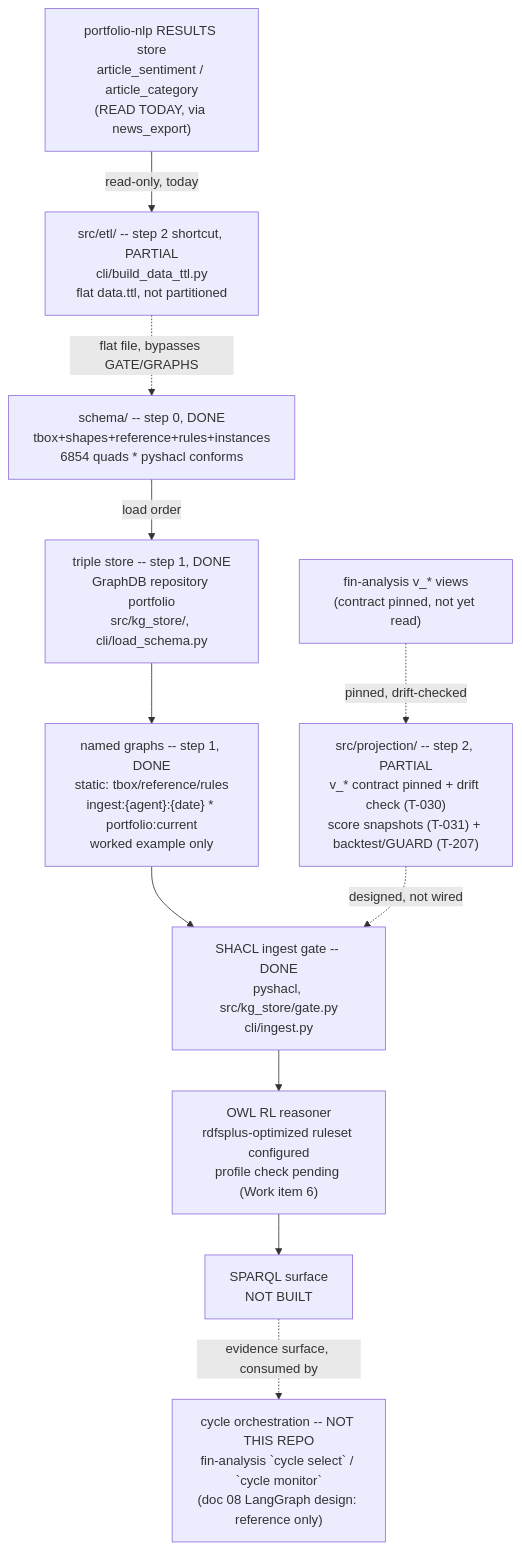
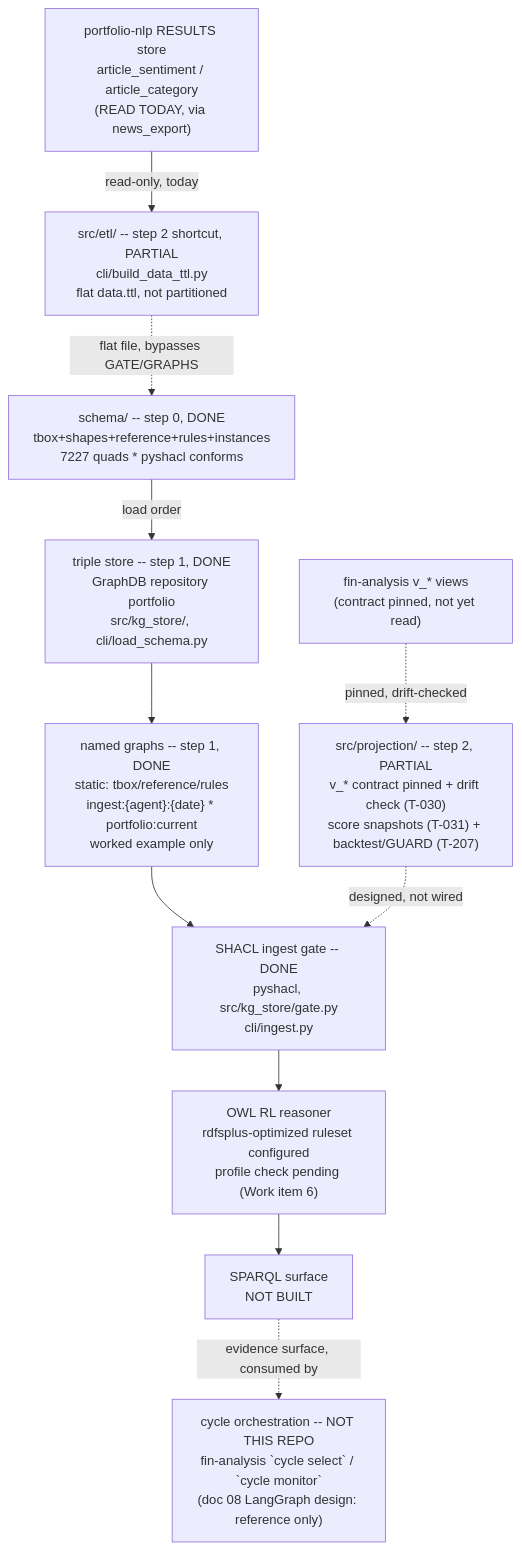
Before and after one commit to gamug/portfolio-knowledge-graph: the diagram in .specify/memory/SPEC.md, drawn with Mermaid. The commit also changed other lines of this file and 13 other files, not shown here.

````diff
--- a/.specify/memory/SPEC.md
+++ b/.specify/memory/SPEC.md
@@ -1027,22 +1027,22 @@
 ```mermaid
 flowchart TB
-    SCHEMA["schema/ -- step 0, DONE<br/>tbox+shapes+reference+rules+instances<br/>6854 quads * pyshacl conforms"]
+    SCHEMA["schema/ -- step 0, DONE<br/>tbox+shapes+reference+rules+instances<br/>7227 quads * pyshacl conforms"]
     STORE["triple store -- step 1, DONE<br/>GraphDB repository portfolio<br/>src/kg_store/, cli/load_schema.py"]
     GRAPHS["named graphs -- step 1, DONE<br/>static: tbox/reference/rules<br/>ingest:{agent}:{date} * portfolio:current<br/>worked example only"]
     GATE["SHACL ingest gate -- DONE<br/>pyshacl, src/kg_store/gate.py<br/>cli/ingest.py"]
     PROJ["src/projection/ -- step 2, PARTIAL<br/>v_* contract pinned + drift check (T-030)<br/>score snapshots (T-031) + backtest/GUARD (T-207)"]
     FIN["fin-analysis v_* views<br/>(contract pinned, not yet read)"]
     NLPRES["portfolio-nlp RESULTS store<br/>article_sentiment / article_category<br/>(READ TODAY, via news_export)"]
     ETL["src/etl/ -- step 2 shortcut, PARTIAL<br/>cli/build_data_ttl.py<br/>flat data.ttl, not partitioned"]
     REASON["OWL RL reasoner<br/>rdfsplus-optimized ruleset configured<br/>profile check pending (Work item 6)"]
     SPARQL["SPARQL surface<br/>NOT BUILT"]
     AGENTS["cycle orchestration -- NOT THIS REPO<br/>fin-analysis `cycle select` / `cycle monitor`<br/>(doc 08 LangGraph design: reference only)"]
 
     SCHEMA -->|load order| STORE --> GRAPHS --> GATE
     FIN -.->|pinned, drift-checked| PROJ
     PROJ -.->|designed, not wired| GATE
     NLPRES -->|read-only, today| ETL
     ETL -.->|flat file, bypasses GATE/GRAPHS| SCHEMA
     GATE --> REASON --> SPARQL
     SPARQL -.->|evidence surface, consumed by| AGENTS
 ```
````
